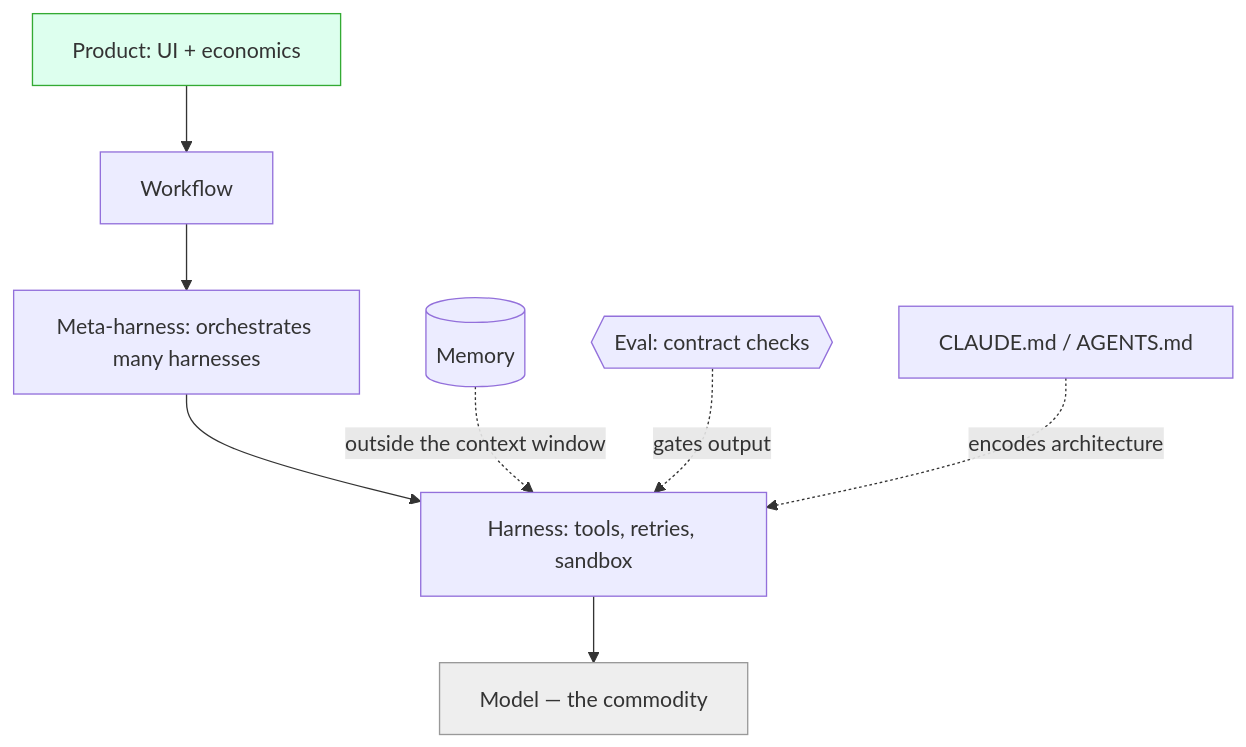
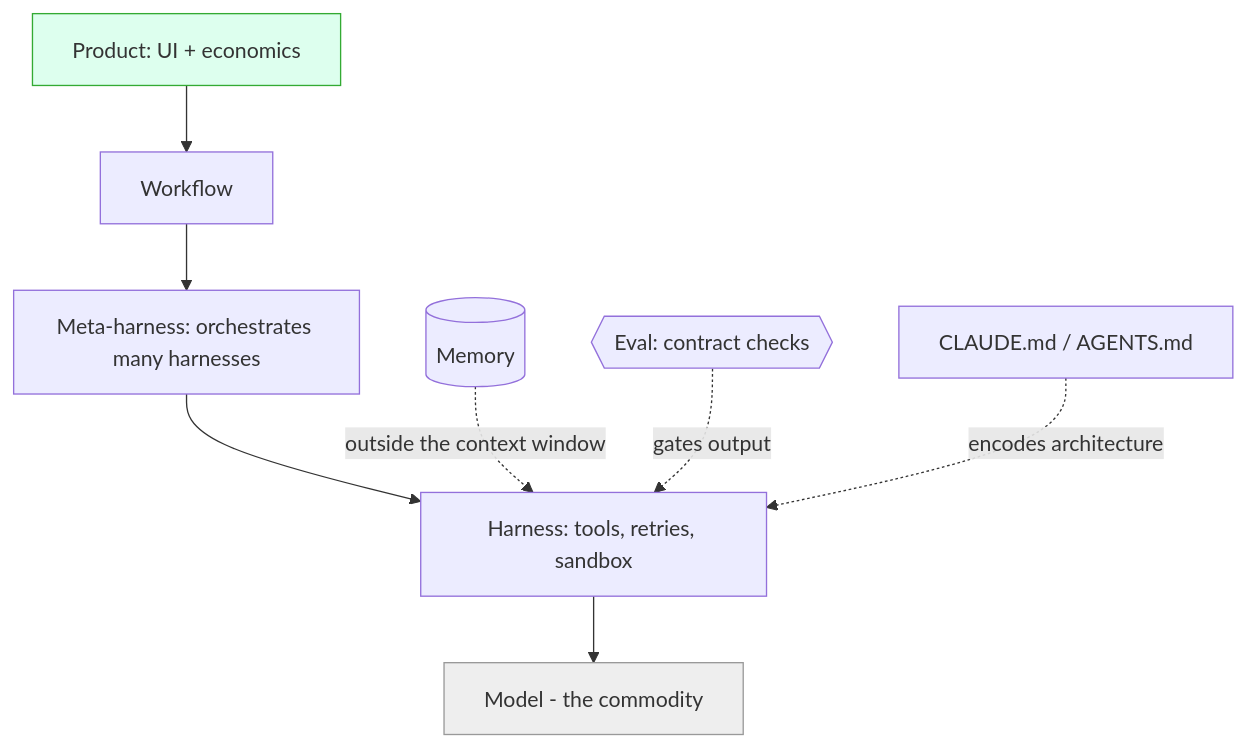
The second of 4 diagrams in book/03-software.md (ChristineTham/aidou), drawn with Mermaid before and after one commit. The commit also changed other lines of this file and 11 other files, not shown here.

````diff
--- a/book/03-software.md
+++ b/book/03-software.md
@@ -102,14 +136,14 @@
 ```mermaid
 flowchart TB
     P["Product: UI + economics"] --> WF[Workflow]
     WF --> MH["Meta-harness: orchestrates many harnesses"]
     MH --> H["Harness: tools, retries, sandbox"]
-    H --> M["Model — the commodity"]
+    H --> M["Model - the commodity"]
     Mem[(Memory)] -.->|outside the context window| H
     Ev{{Eval: contract checks}} -.->|gates output| H
     Cfg[CLAUDE.md / AGENTS.md] -.->|encodes architecture| H
     classDef commodity fill:#eee,stroke:#999
     classDef value fill:#dfe,stroke:#3a3
     class M commodity
     class P value
 ```
````
